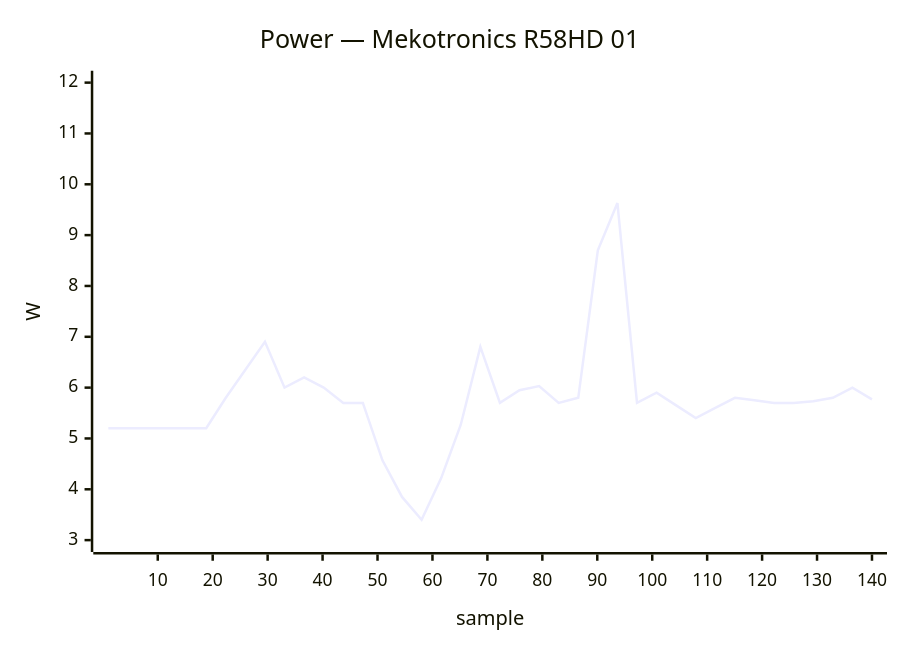
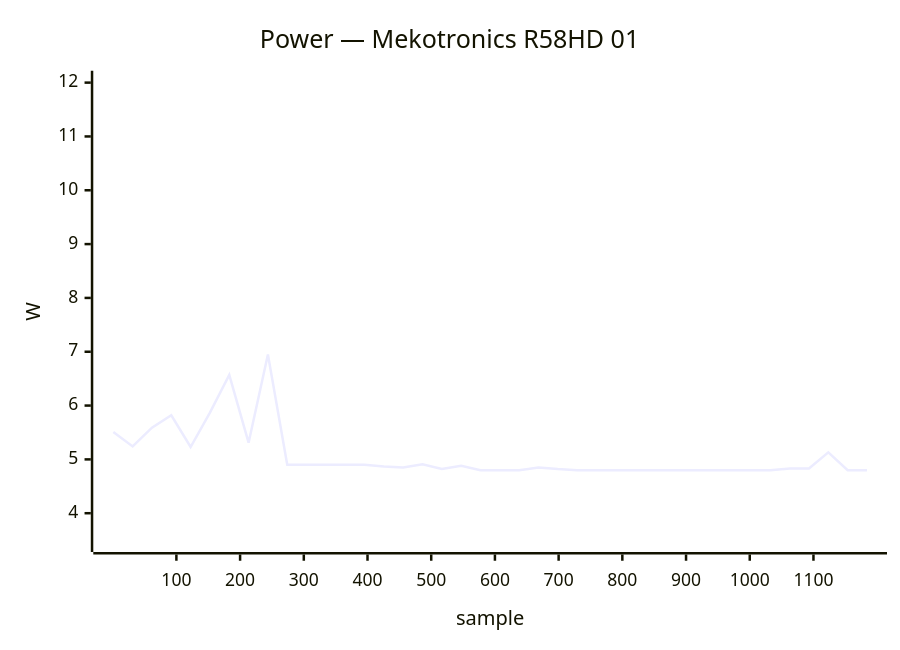
One commit to armbian/documentation changed diagram 17 of 40 in docs/status/board-tests.md. Above: the diagram before and after it, drawn with Mermaid. The commit also changed other lines of this file, not shown here.

````diff
--- a/docs/status/board-tests.md
+++ b/docs/status/board-tests.md
@@ -789,7 +795,7 @@
 ```mermaid
 xychart-beta
     title "Power — Mekotronics R58HD 01"
-    x-axis "sample" 1 --> 140
-    y-axis "W" 3.0 --> 12.0
-    line [5.20, 5.20, 5.20, 5.20, 5.20, 5.20, 5.80, 6.35, 6.90, 6.00, 6.20, 6.00, 5.70, 5.70, 4.57, 3.85, 3.40, 4.22, 5.27, 6.80, 5.70, 5.95, 6.03, 5.70, 5.80, 8.70, 9.63, 5.70, 5.90, 5.65, 5.40, 5.60, 5.80, 5.75, 5.70, 5.70, 5.73, 5.80, 6.00, 5.77]
+    x-axis "sample" 1 --> 1184
+    y-axis "W" 3.5 --> 12.0
+    line [5.51, 5.24, 5.59, 5.82, 5.23, 5.87, 6.57, 5.31, 6.95, 4.90, 4.90, 4.90, 4.90, 4.90, 4.87, 4.85, 4.91, 4.82, 4.88, 4.80, 4.80, 4.80, 4.85, 4.82, 4.80, 4.80, 4.80, 4.80, 4.80, 4.80, 4.80, 4.80, 4.80, 4.80, 4.80, 4.83, 4.83, 5.13, 4.80, 4.80]
 ```
````
